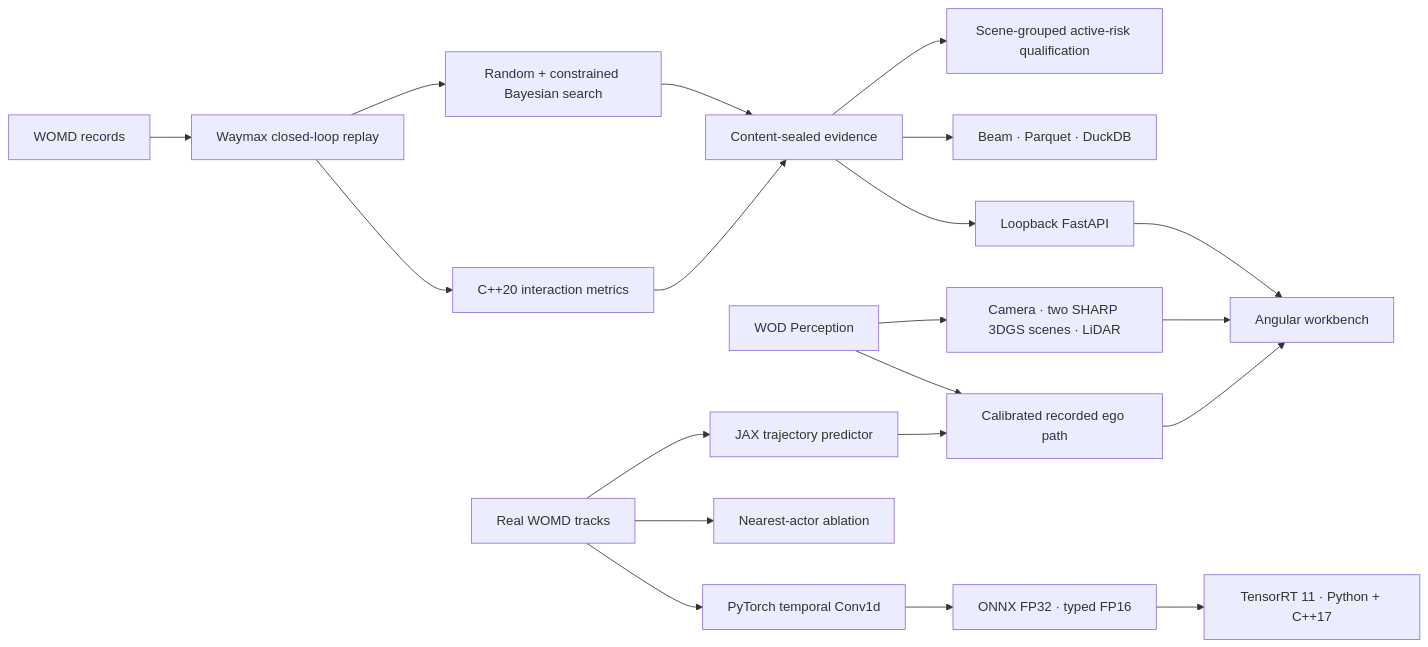
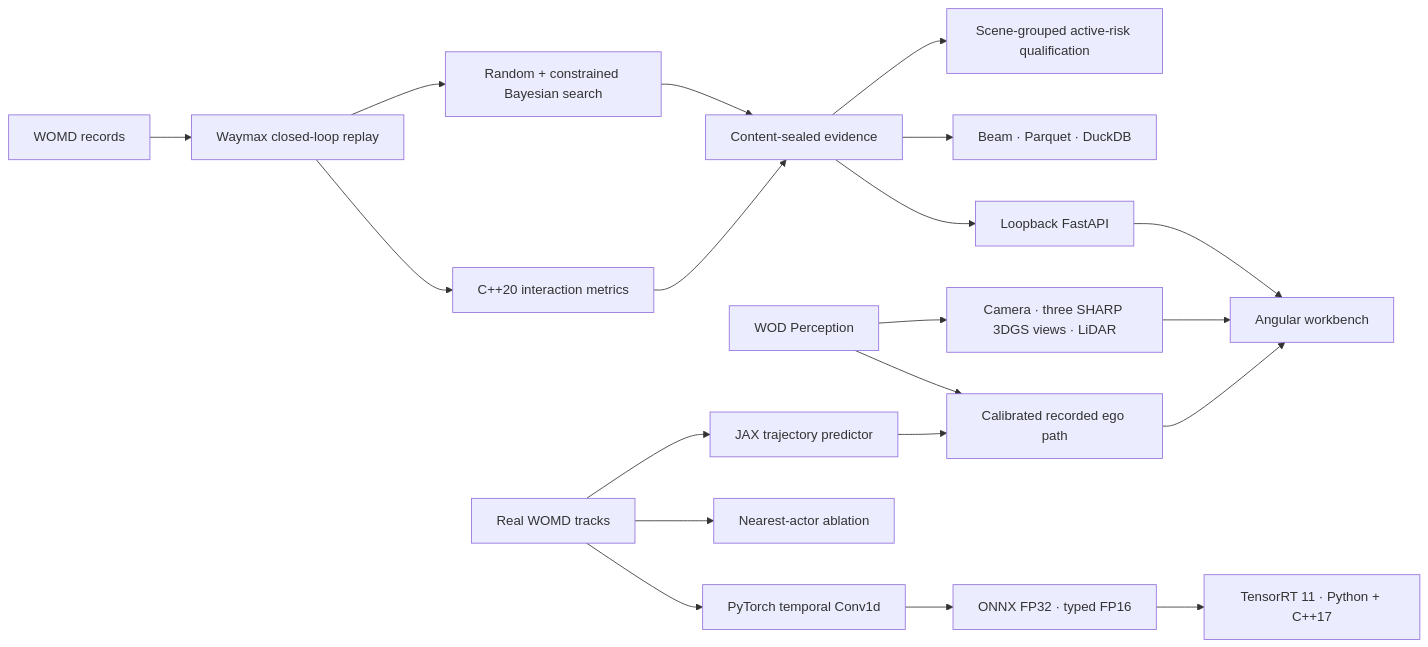
The diagram in README.md (ethanvillalovoz/planmargin), drawn with Mermaid before and after one commit. The commit also changed other lines of this file and 48 other files, not shown here.

````diff
--- a/README.md
+++ b/README.md
@@ -215,22 +227,22 @@
 ```mermaid
 flowchart LR
     W["WOMD records"] --> X["Waymax closed-loop replay"]
     X --> S["Random + constrained Bayesian search"]
     X --> C["C++20 interaction metrics"]
     S --> E["Content-sealed evidence"]
     C --> E
     E --> Q["Scene-grouped active-risk qualification"]
     E --> D["Beam · Parquet · DuckDB"]
     E --> A["Loopback FastAPI"]
     M["Real WOMD tracks"] --> J["JAX trajectory predictor"]
     M --> T["PyTorch temporal Conv1d"]
     M --> I["Nearest-actor ablation"]
     T --> O["ONNX FP32 · typed FP16"]
     O --> N["TensorRT 11 · Python + C++17"]
-    P["WOD Perception"] --> V["Camera · two SHARP 3DGS scenes · LiDAR"]
+    P["WOD Perception"] --> V["Camera · three SHARP 3DGS views · LiDAR"]
     P --> R["Calibrated recorded ego path"]
     J --> R
     A --> U["Angular workbench"]
     V --> U
     R --> U
 ```
````
